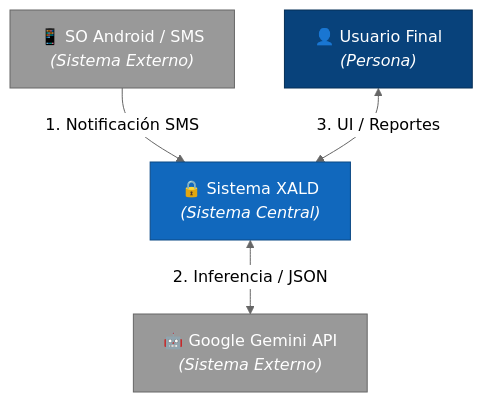
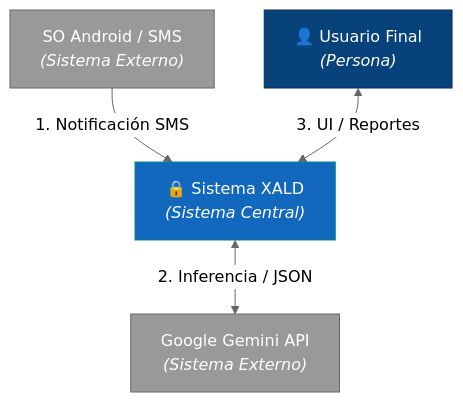
One commit to ISCOUTB/AS_202620_XALD changed the diagram in docs/c4/c4.md. Above: the diagram before and after it, drawn with Mermaid (neutral theme).

Commit message:
Update diagram styles and labels in c4.md

````diff
--- a/docs/c4/c4.md
+++ b/docs/c4/c4.md
@@ -7,19 +7,19 @@
 ```mermaid
 graph TD
     User["👤 Usuario Final<br/><i>(Persona)</i>"]
-    Android["📱 SO Android / SMS<br/><i>(Sistema Externo)</i>"]
+    Android["SO Android / SMS<br/><i>(Sistema Externo)</i>"]
     XALD["🔒 Sistema XALD<br/><i>(Sistema Central)</i>"]
-    Gemini["🤖 Google Gemini API<br/><i>(Sistema Externo)</i>"]
+    Gemini["Google Gemini API<br/><i>(Sistema Externo)</i>"]
 
     Android -->|"1. Notificación SMS"| XALD
     XALD <-->|"2. Inferencia / JSON"| Gemini
     User <-->|"3. UI / Reportes"| XALD
 
-    classDef central fill:#1168bd,stroke:#0b4884,color:#fff;
-    classDef external fill:#999999,stroke:#666666,color:#fff;
+    classDef central fill:#1168bd,stroke:#0b8884,color:#fff;
+    classDef external fill:#999999,stroke:#666866,color:#fff;
     classDef person fill:#08427b,stroke:#052e56,color:#fff;
 
     class XALD central;
     class Android,Gemini external;
     class User person;
 ```
````
